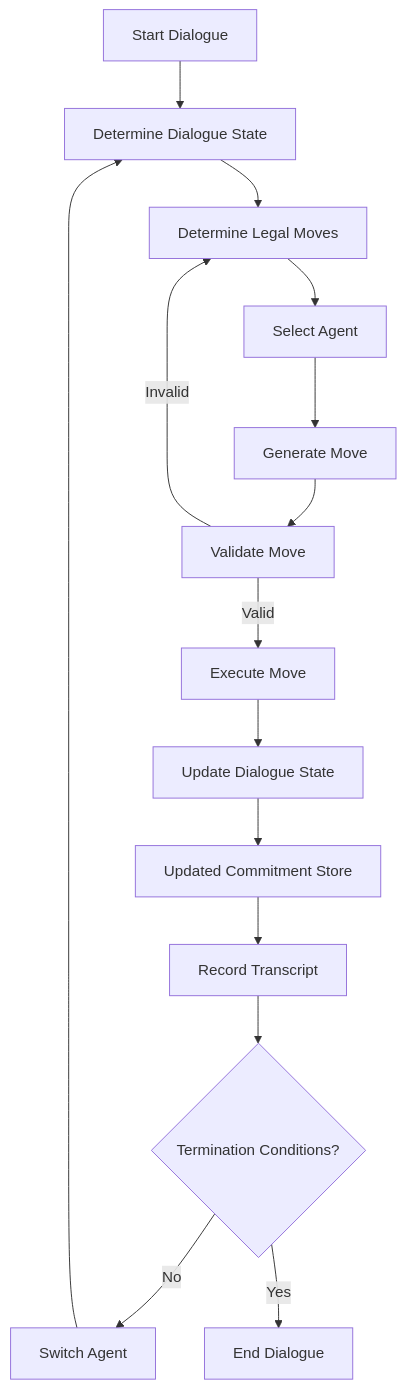
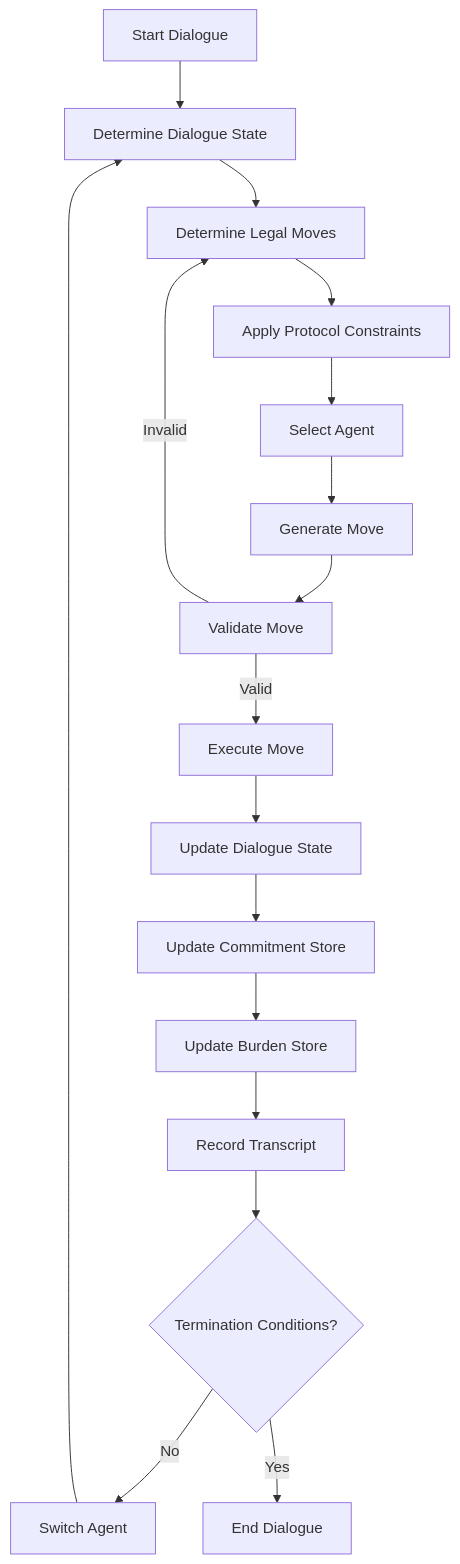
Before and after one commit to ewanblake/deliberation-games: the diagram in docs/dialogue-engine-workflow.md, drawn with Mermaid.

Commit message:
Modifying Dialogue Engine Workflow Diagram

````diff
--- a/docs/dialogue-engine-workflow.md
+++ b/docs/dialogue-engine-workflow.md
@@ -1,33 +1,37 @@
 ```mermaid
 flowchart TD
 
     A[Start Dialogue]
 
     A --> B[Determine Dialogue State]
 
     B --> C[Determine Legal Moves]
 
-    C --> D[Select Agent]
+    C --> D[Apply Protocol Constraints]
 
-    D --> E[Generate Move]
+    D --> E[Select Agent]
 
-    E --> F[Validate Move]
+    E --> F[Generate Move]
 
-    F --> |Invalid| C
+    F --> G[Validate Move]
 
-    F --> |Valid| G[Execute Move]
+    G --> |Invalid| C
 
-    G --> H[Update Dialogue State]
+    G --> |Valid| H[Execute Move]
 
-    H --> I[Updated Commitment Store]
+    H --> I[Update Dialogue State]
 
-    I --> J[Record Transcript]
+    I --> J[Update Commitment Store]
 
-    J --> K{Termination Conditions?}
+    J --> K[Update Burden Store]
 
-    K -->|No| L[Switch Agent]
+    K --> L[Record Transcript]
 
-    L --> B
+    L --> M{Termination Conditions?}
 
-    K -->|Yes| M[End Dialogue]
+    M --> |No| N[Switch Agent]
+
+    N --> B
+
+    M --> |Yes| O[End Dialogue]
 ```
````
